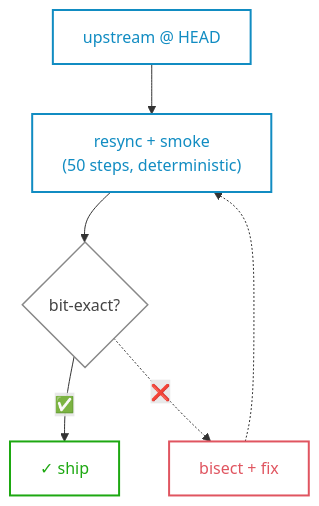
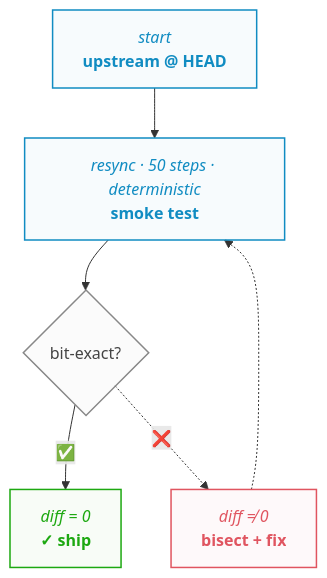
The second of 6 diagrams in web/src/pages/talks/2026/06/03/index.mdx (saforem2/sam.onl), drawn with Mermaid before and after one commit. The commit also changed other lines of this file, not shown here.

First line of the commit message:
style(talks/2026-06-03): apply chip-badge styling to fork-tax diagram

````diff
--- a/web/src/pages/talks/2026/06/03/index.mdx
+++ b/web/src/pages/talks/2026/06/03/index.mdx
@@ -511,17 +511,17 @@
 ```mermaid
 flowchart TB
-    A["upstream @ HEAD"] --> B["resync + smoke<br/>(50 steps, deterministic)"]
+    A["<i>start</i><br/><span style='font-weight:700'>upstream @ HEAD</span>"] --> B["<i>resync · 50 steps · deterministic</i><br/><span style='font-weight:700'>smoke test</span>"]
     B --> D{"bit-exact?"}
-    D -->|✅| C["✓ ship"]
-    D -.->|❌️| F["bisect + fix"]
+    D -->|✅| C["<i>diff = 0</i><br/><span style='font-weight:700'>✓ ship</span>"]
+    D -.->|❌️| F["<i>diff &ne; 0</i><br/><span style='font-weight:700'>bisect + fix</span>"]
     F -.-> B
 
-    classDef stage fill:transparent,stroke:#118cc2,color:#118cc2,stroke-width:2px
-    classDef ship  fill:transparent,stroke:#1da811,color:#1da811,stroke-width:2px
-    classDef gate  fill:transparent,stroke:#888,color:#444,stroke-width:1.5px
-    classDef bad   fill:transparent,stroke:#e05560,color:#e05560,stroke-width:2px
+    classDef stage fill:#118cc208,stroke:#118cc2,color:#118cc2,stroke-width:1.5px
+    classDef ship  fill:#1da81108,stroke:#1da811,color:#1da811,stroke-width:1.5px
+    classDef gate  fill:#88888808,stroke:#888,color:#444,stroke-width:1.5px
+    classDef bad   fill:#e0556008,stroke:#e05560,color:#e05560,stroke-width:1.5px
     class A,B stage
     class D gate
     class C ship
     class F bad
 ```
````
